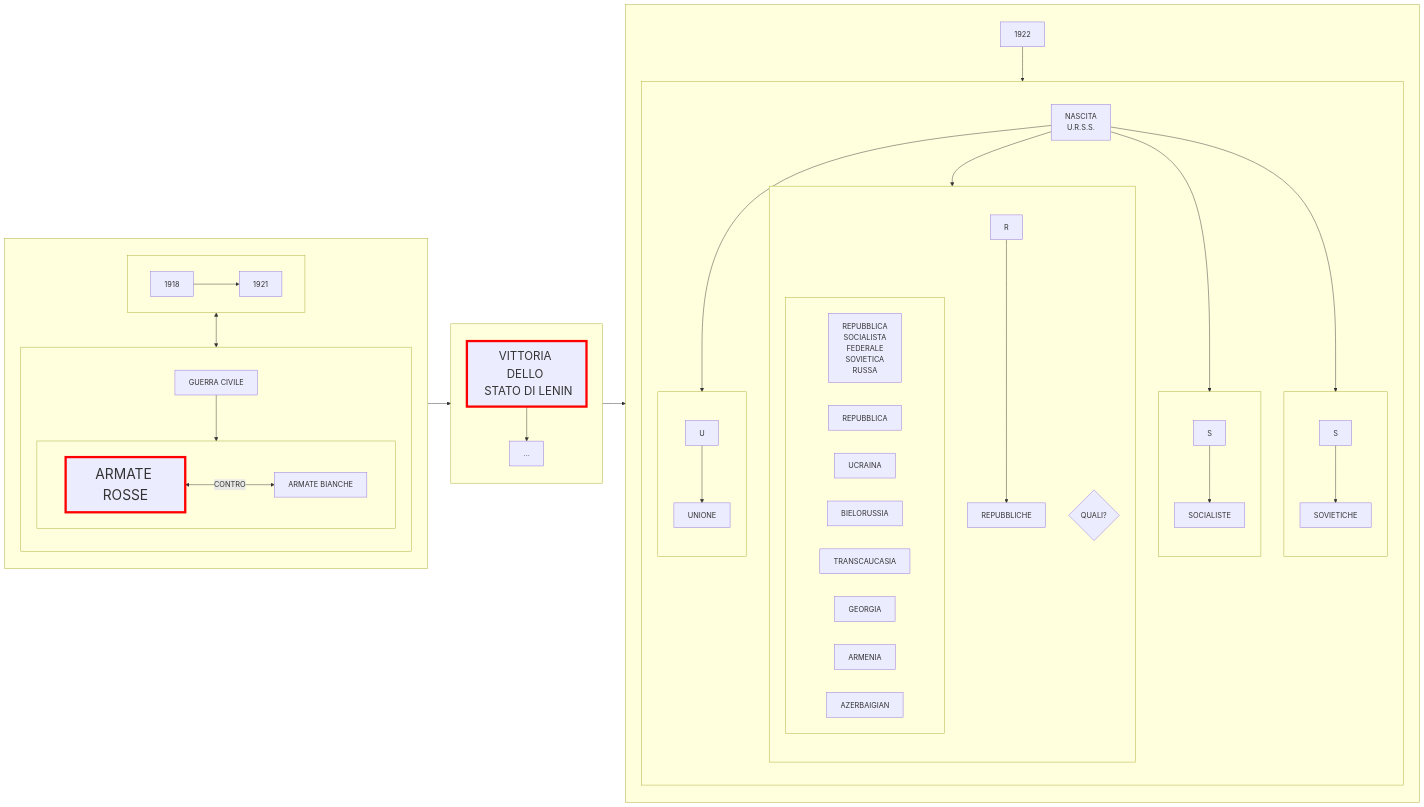
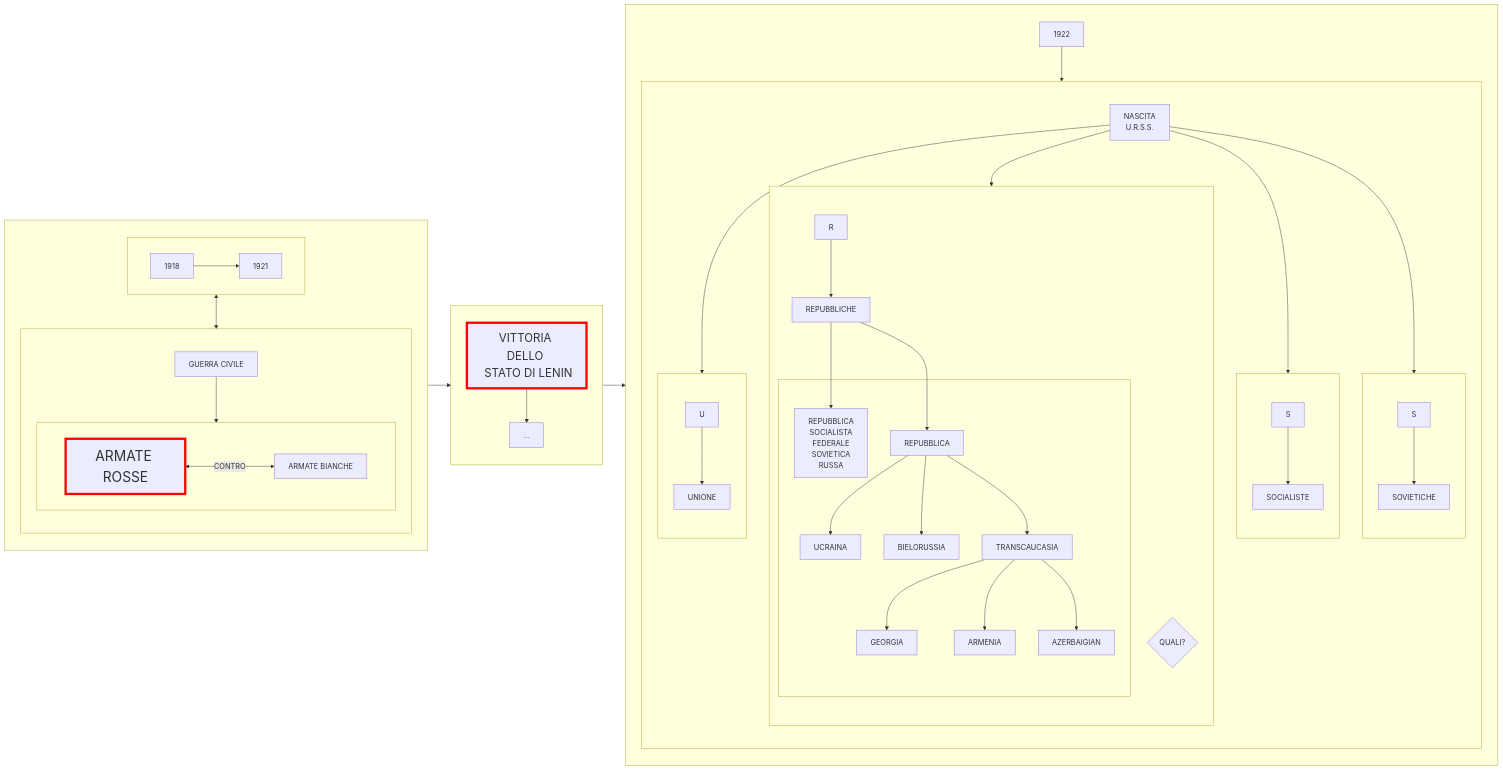
One commit to Laaouatni/ricerca-storia-MermaidJS changed the diagram in prova.md. Above: the diagram before and after it, drawn with Mermaid.

```diff
--- a/prova.md
+++ b/prova.md
@@ -59,8 +59,10 @@
             3120[GEORGIA]
             3121[ARMENIA]
             3122[AZERBAIGIAN]
+            312 --> 3120 & 3121 & 3122
+            31 --> 310 & 311 & 312
           end
-          220 --> 2200
+          220 --> 2200 --> 30 & 31
         end
         subgraph 23[" "]
           direction TB;
```
